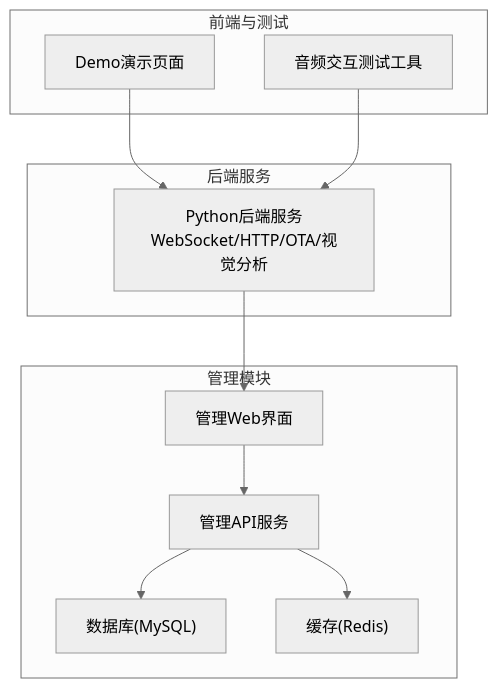
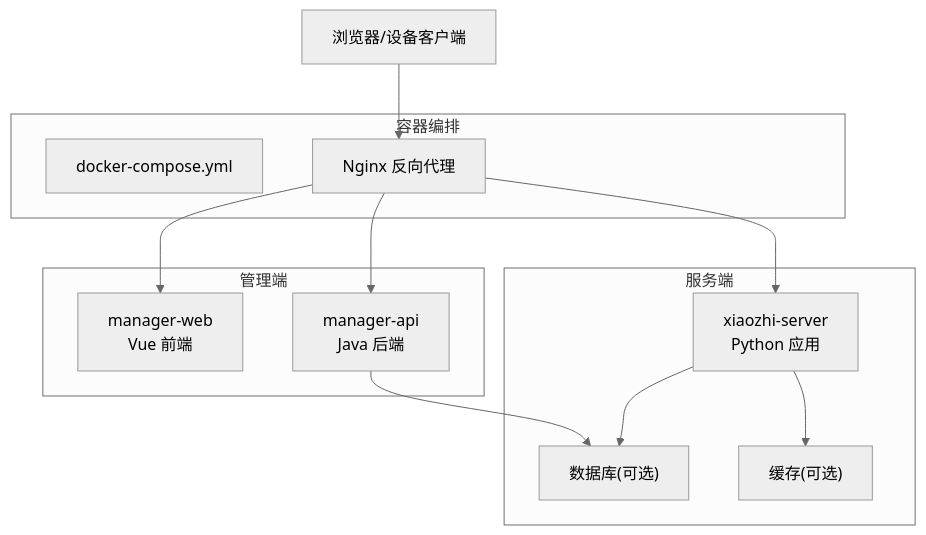
One commit to haixinke/xiaozhi-esp32-server changed the first of 6 diagrams in .qoder/repowiki/zh/content/快速开始.md. Above: the diagram before and after it, drawn with Mermaid (neutral theme). The commit also changed other lines of this file and 557 other files, not shown here.

````diff
--- a/.qoder/repowiki/zh/content/快速开始.md
+++ b/.qoder/repowiki/zh/content/快速开始.md
@@ -45,22 +50,23 @@
 ```mermaid
 graph TB
-subgraph "后端服务"
-PY["Python后端服务<br/>WebSocket/HTTP/OTA/视觉分析"]
+subgraph "服务端"
+Srv["xiaozhi-server<br/>Python 应用"]
+DB["数据库(可选)"]
+Cache["缓存(可选)"]
 end
-subgraph "管理模块"
-WEB["管理Web界面"]
-API["管理API服务"]
-DB["数据库(MySQL)"]
-REDIS["缓存(Redis)"]
+subgraph "管理端"
+MWeb["manager-web<br/>Vue 前端"]
+MApi["manager-api<br/>Java 后端"]
 end
-subgraph "前端与测试"
-DEMO["Demo演示页面"]
-TEST["音频交互测试工具"]
+subgraph "容器编排"
+Compose["docker-compose.yml"]
+Nginx["Nginx 反向代理"]
 end
-DEMO --> PY
-TEST --> PY
-WEB --> API
-API --> DB
-API --> REDIS
-PY --> WEB
+Client["浏览器/设备客户端"] --> Nginx
+Nginx --> Srv
+Nginx --> MWeb
+Nginx --> MApi
+Srv --> DB
+Srv --> Cache
+MApi --> DB
 ```
````
